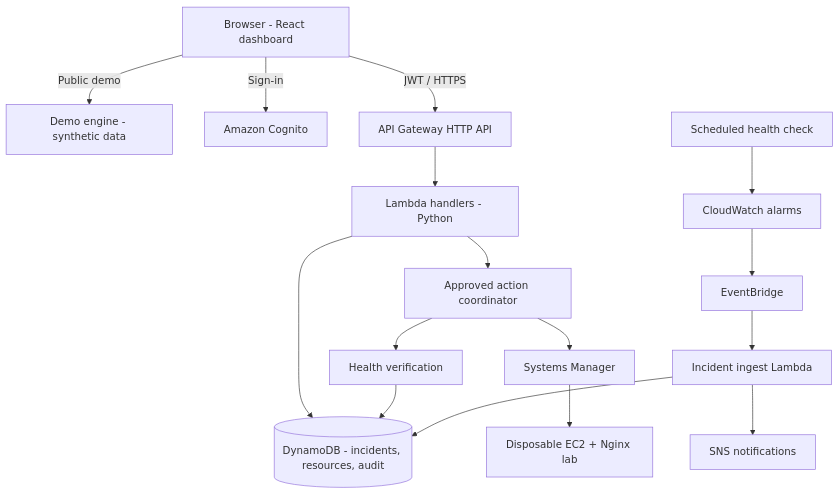
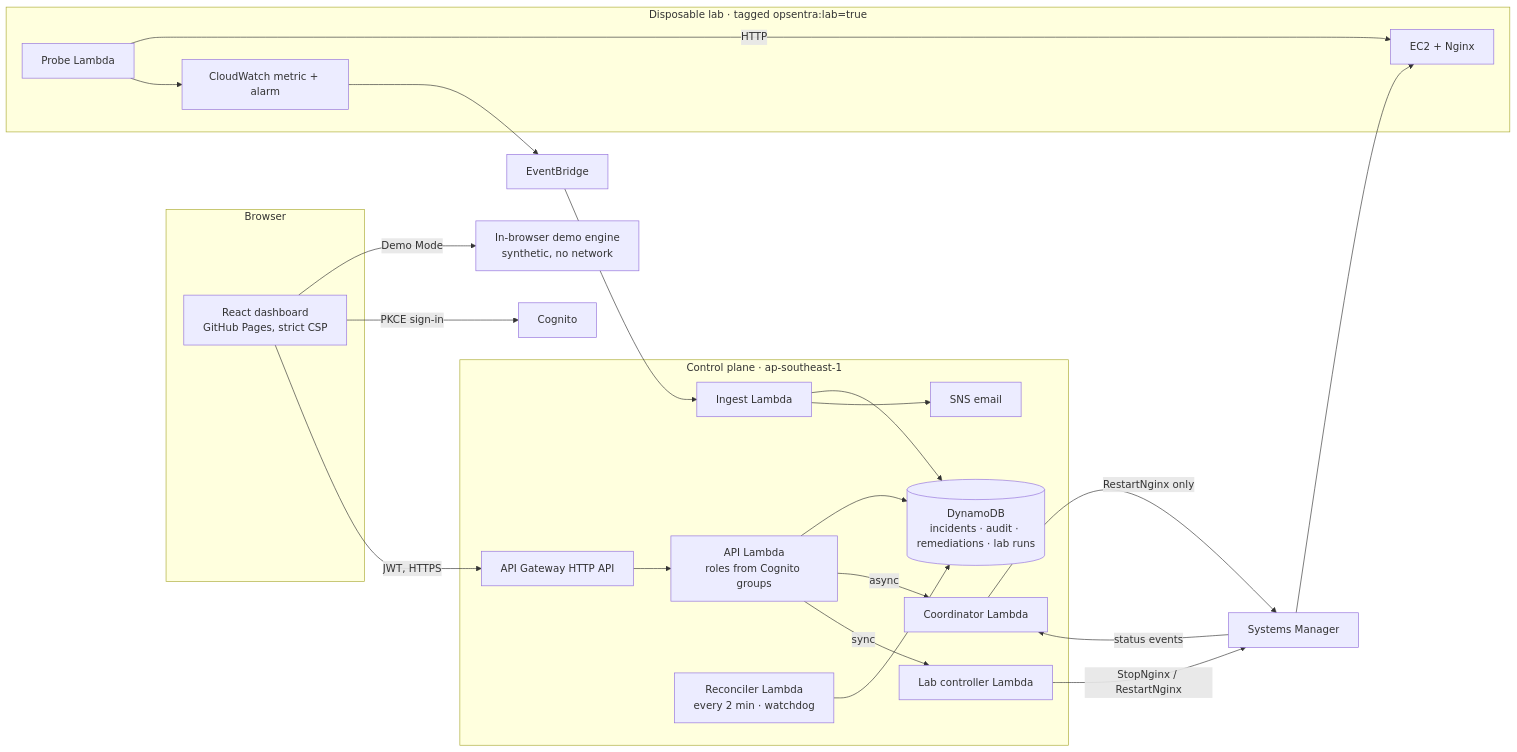
Before and after one commit to jervilangelo/opsentra: the diagram in README.md, drawn with Mermaid. The commit also changed other lines of this file and 23 other files, not shown here.

Commit message:
feat: Phase 10 release prep: GitHub Pages workflow, bundle and site checks, docs matching the build, demo video

````diff
--- a/README.md
+++ b/README.md
@@ -69,18 +63,30 @@
 ```mermaid
-flowchart TD
-  B[Browser - React dashboard] -->|Public demo| D[Demo engine - synthetic data]
-  B -->|Sign-in| C[Amazon Cognito]
-  B -->|JWT / HTTPS| A[API Gateway HTTP API]
-  A --> F[Lambda handlers - Python]
-  F --> DB[(DynamoDB - incidents, resources, audit)]
-  F --> Q[Approved action coordinator]
-  Q --> S[Systems Manager]
-  S --> E[Disposable EC2 + Nginx lab]
-  Q --> V[Health verification]
-  V --> DB
-  HC[Scheduled health check] --> CW[CloudWatch alarms]
-  CW --> EB[EventBridge]
-  EB --> P[Incident ingest Lambda]
-  P --> DB
-  P --> SNS[SNS notifications]
+flowchart LR
+  subgraph Browser
+    UI[React dashboard<br/>GitHub Pages, strict CSP]
+  end
+  UI -->|Demo Mode| DE[In-browser demo engine<br/>synthetic, no network]
+  UI -->|PKCE sign-in| COG[Cognito]
+  UI -->|JWT, HTTPS| APIGW[API Gateway HTTP API]
+
+  subgraph CP[Control plane · ap-southeast-1]
+    APIGW --> API[API Lambda<br/>roles from Cognito groups]
+    API --> DDB[(DynamoDB<br/>incidents · audit · remediations · lab runs)]
+    API -->|async| COORD[Coordinator Lambda]
+    API -->|sync| LABC[Lab controller Lambda]
+    ING[Ingest Lambda] --> DDB
+    ING --> SNS[SNS email]
+    REC[Reconciler Lambda<br/>every 2 min · watchdog] --> DDB
+  end
+
+  subgraph LAB[Disposable lab · tagged opsentra:lab=true]
+    EC2[EC2 + Nginx]
+    PROBE[Probe Lambda] -->|HTTP| EC2
+    PROBE --> CW[CloudWatch metric + alarm]
+  end
+
+  CW --> EB[EventBridge] --> ING
+  COORD -->|RestartNginx only| SSM[Systems Manager] --> EC2
+  LABC -->|StopNginx / RestartNginx| SSM
+  SSM -->|status events| COORD
 ```
````
